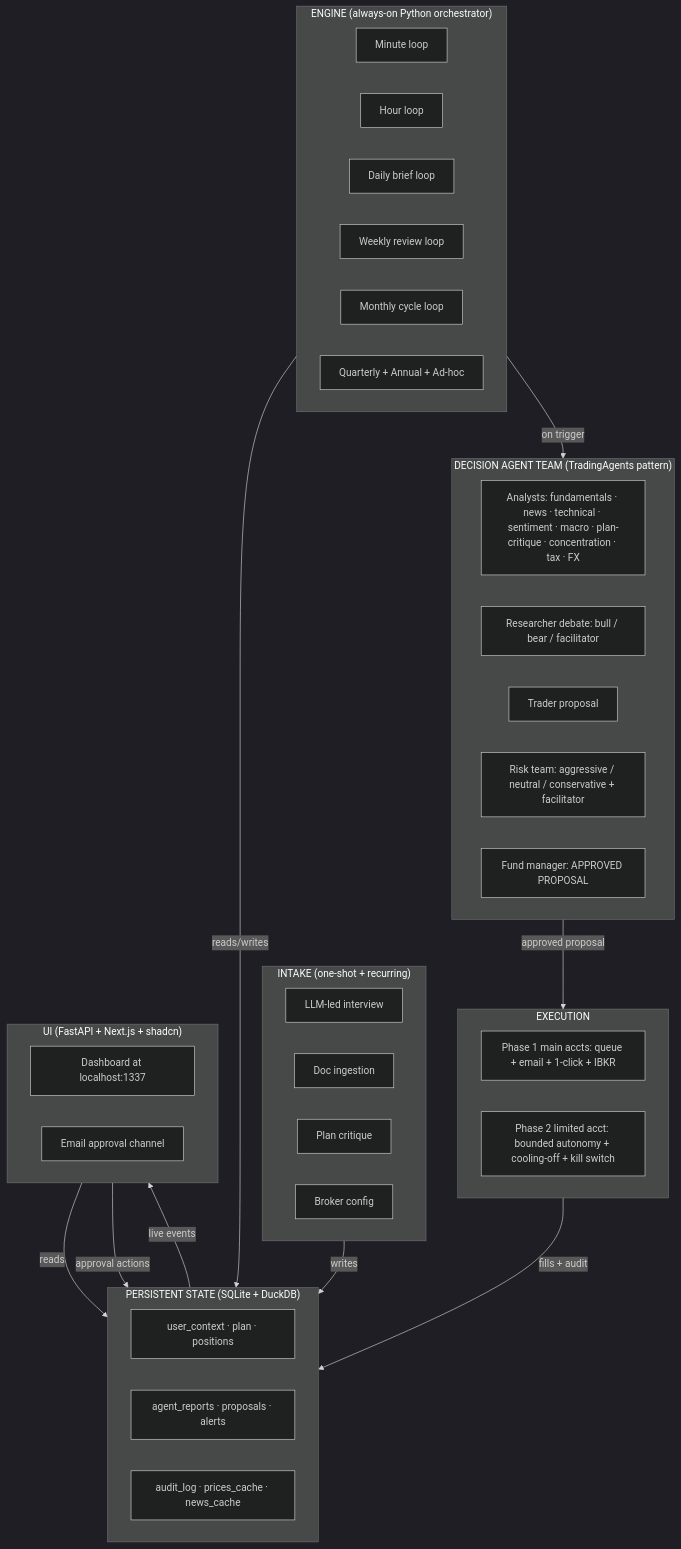
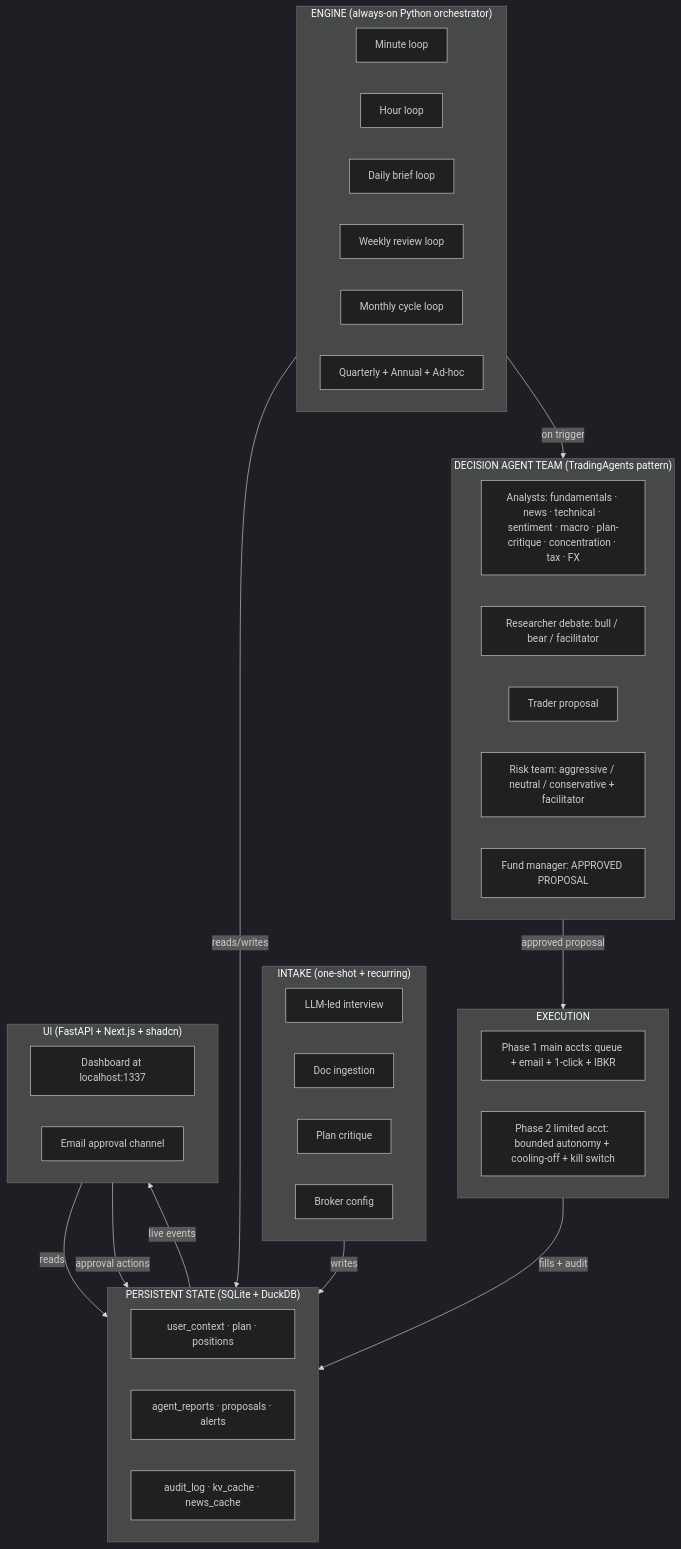
Before and after one commit to tanffn/argosy: the first of 4 diagrams in docs/design/SDD.md, drawn with Mermaid (dark theme). The commit also changed other lines of this file and 17 other files, not shown here.

First line of the commit message:
Code-review followups: pensions dict-shape, 13F cache, capitoltrades+news wiring

````diff
--- a/docs/design/SDD.md
+++ b/docs/design/SDD.md
@@ -179,51 +179,51 @@
 ```mermaid
 flowchart TB
     subgraph Intake["INTAKE (one-shot + recurring)"]
         I1[LLM-led interview]
         I2[Doc ingestion]
         I3[Plan critique]
         I4[Broker config]
     end
 
     subgraph State["PERSISTENT STATE (SQLite + DuckDB)"]
         S1[user_context · plan · positions]
         S2[agent_reports · proposals · alerts]
-        S3[audit_log · prices_cache · news_cache]
+        S3[audit_log · kv_cache · news_cache]
     end
 
     subgraph Engine["ENGINE (always-on Python orchestrator)"]
         E1[Minute loop]
         E2[Hour loop]
         E3[Daily brief loop]
         E4[Weekly review loop]
         E5[Monthly cycle loop]
         E6[Quarterly + Annual + Ad-hoc]
     end
 
     subgraph DecisionTeam["DECISION AGENT TEAM (TradingAgents pattern)"]
         D1[Analysts: fundamentals · news · technical · sentiment · macro · plan-critique · concentration · tax · FX]
         D2[Researcher debate: bull / bear / facilitator]
         D3[Trader proposal]
         D4[Risk team: aggressive / neutral / conservative + facilitator]
         D5[Fund manager: APPROVED PROPOSAL]
     end
 
     subgraph Exec["EXECUTION"]
         X1[Phase 1 main accts: queue + email + 1-click + IBKR]
         X2[Phase 2 limited acct: bounded autonomy + cooling-off + kill switch]
     end
 
     subgraph UI["UI (FastAPI + Next.js + shadcn)"]
         U1[Dashboard at localhost:1337]
         U2[Email approval channel]
     end
 
     Intake -->|writes| State
     Engine -->|reads/writes| State
     UI -->|reads| State
     UI -->|approval actions| State
     Engine -->|on trigger| DecisionTeam
     DecisionTeam -->|approved proposal| Exec
     Exec -->|fills + audit| State
     State -->|live events| UI
 ```
````
